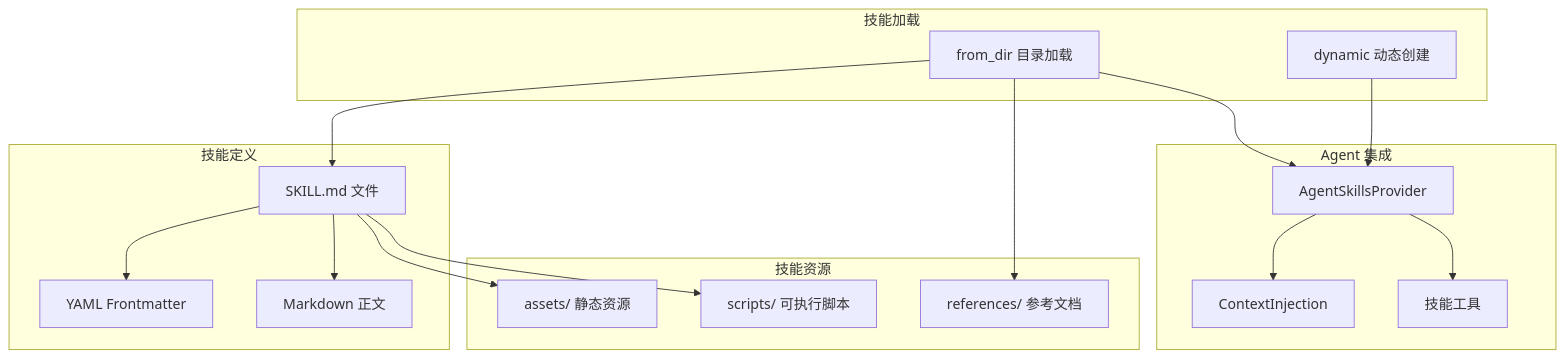
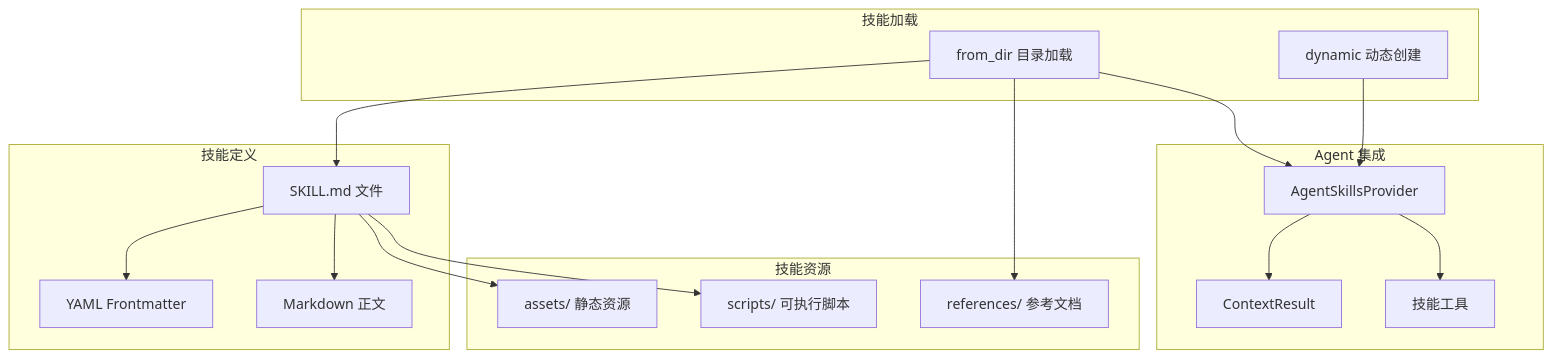
The diagram in docs/12-extensions/skills.md (Rust-Framework/rust-agent-framework), drawn with Mermaid before and after one commit. The commit also changed 59 other files, not shown here.

````diff
--- a/docs/12-extensions/skills.md
+++ b/docs/12-extensions/skills.md
@@ -7,36 +7,36 @@
 ```mermaid
 graph TB
     subgraph "技能定义"
         SKMD[SKILL.md 文件]
         FM[YAML Frontmatter]
         BODY[Markdown 正文]
     end
 
     subgraph "技能加载"
         FD[from_dir 目录加载]
         DY[dynamic 动态创建]
     end
 
     subgraph "技能资源"
         REF[references/ 参考文档]
         AST[assets/ 静态资源]
         SCR[scripts/ 可执行脚本]
     end
 
     subgraph "Agent 集成"
         SP[AgentSkillsProvider]
-        INJ[ContextInjection]
+        INJ[ContextResult]
         TOOL[技能工具]
     end
 
     SKMD --> FM
     SKMD --> BODY
     FD --> SKMD
     FD --> REF
     SKMD --> AST
     SKMD --> SCR
     FD --> SP
     DY --> SP
     SP --> INJ
     SP --> TOOL
 ```
````
